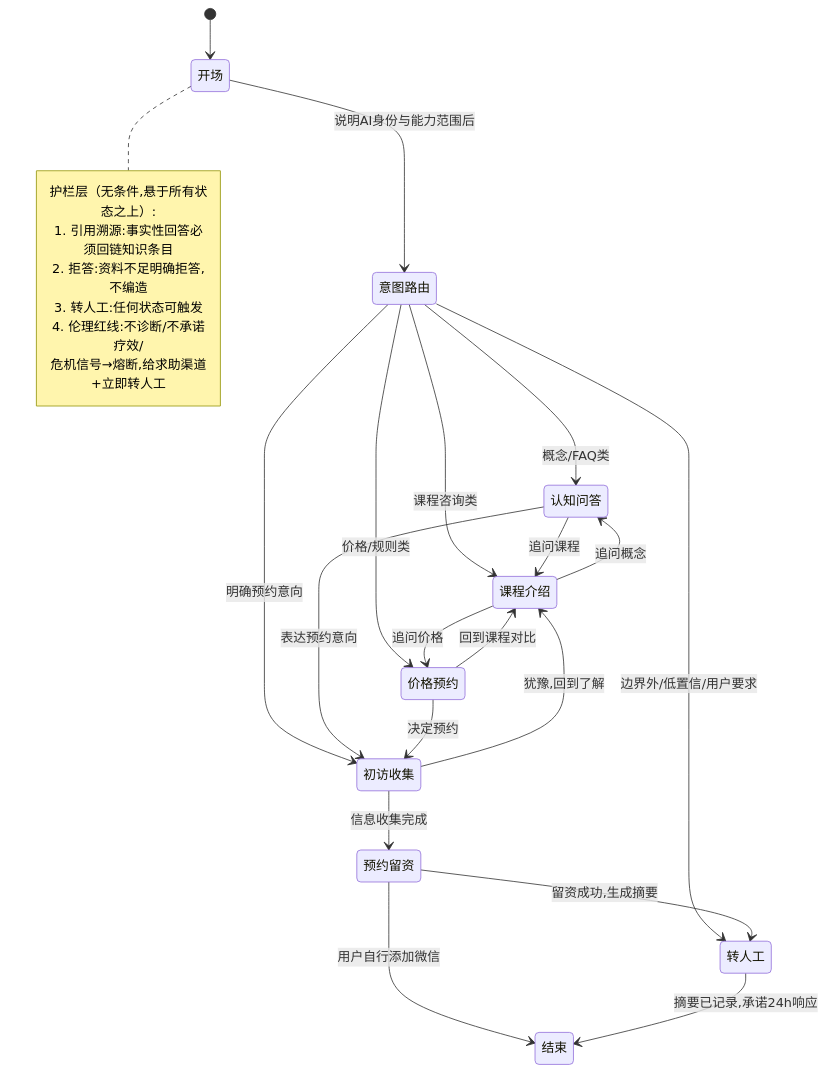
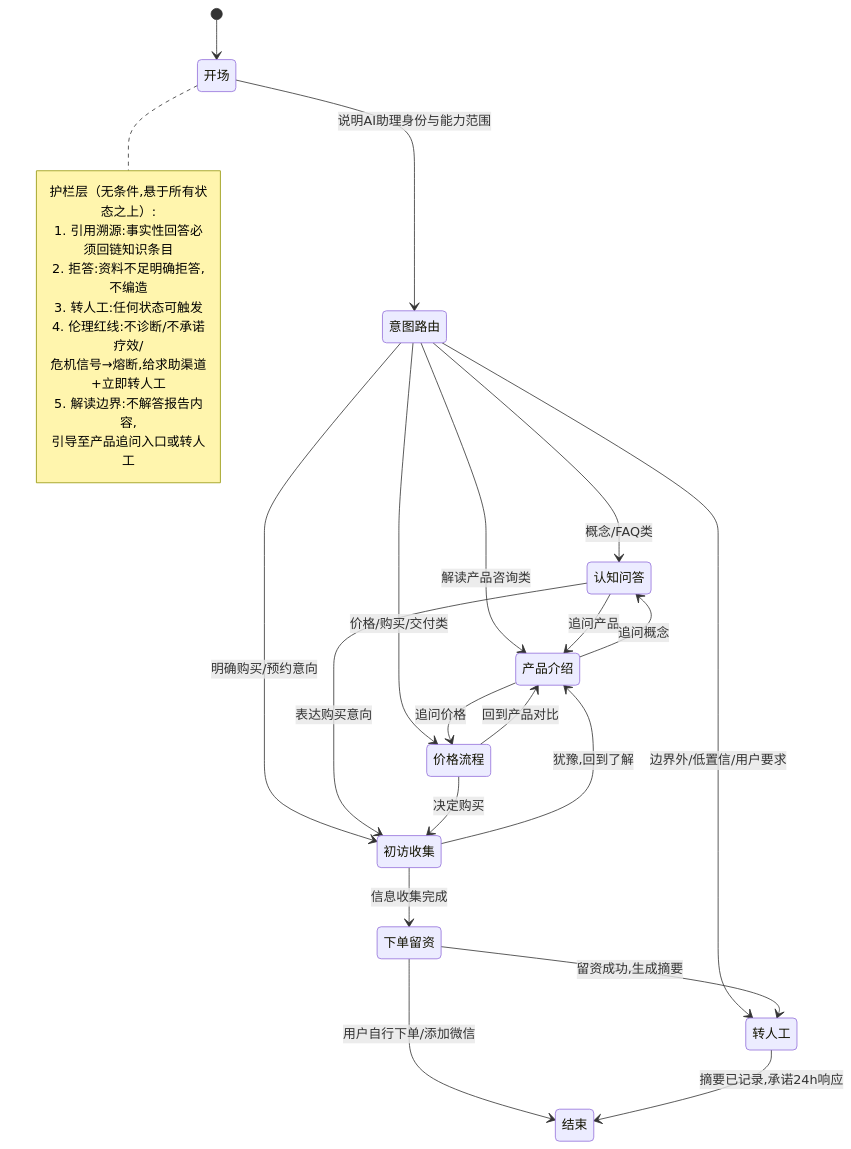
One commit to moyujingC/mindsync changed the diagram in projects/ai-service-studio/specs/2026-08-17-客服Agent项目B-Framing.md. Above: the diagram before and after it, drawn with Mermaid. The commit also changed other lines of this file and 1 other file, not shown here.

````diff
--- a/projects/ai-service-studio/specs/2026-08-17-客服Agent项目B-Framing.md
+++ b/projects/ai-service-studio/specs/2026-08-17-客服Agent项目B-Framing.md
@@ -83,33 +92,35 @@
 ```mermaid
 stateDiagram-v2
     [*] --> 开场
-    开场 --> 意图路由 : 说明AI身份与能力范围后
+    开场 --> 意图路由 : 说明AI助理身份与能力范围
 
     意图路由 --> 认知问答 : 概念/FAQ类
-    意图路由 --> 课程介绍 : 课程咨询类
-    意图路由 --> 价格预约 : 价格/规则类
-    意图路由 --> 初访收集 : 明确预约意向
+    意图路由 --> 产品介绍 : 解读产品咨询类
+    意图路由 --> 价格流程 : 价格/购买/交付类
+    意图路由 --> 初访收集 : 明确购买/预约意向
     意图路由 --> 转人工 : 边界外/低置信/用户要求
 
-    认知问答 --> 课程介绍 : 追问课程
-    认知问答 --> 初访收集 : 表达预约意向
-    课程介绍 --> 价格预约 : 追问价格
-    课程介绍 --> 认知问答 : 追问概念
-    价格预约 --> 课程介绍 : 回到课程对比
-    价格预约 --> 初访收集 : 决定预约
-    初访收集 --> 预约留资 : 信息收集完成
-    初访收集 --> 课程介绍 : 犹豫,回到了解
-    预约留资 --> 转人工 : 留资成功,生成摘要
-    预约留资 --> 结束 : 用户自行添加微信
+    认知问答 --> 产品介绍 : 追问产品
+    认知问答 --> 初访收集 : 表达购买意向
+    产品介绍 --> 价格流程 : 追问价格
+    产品介绍 --> 认知问答 : 追问概念
+    价格流程 --> 产品介绍 : 回到产品对比
+    价格流程 --> 初访收集 : 决定购买
+    初访收集 --> 下单留资 : 信息收集完成
+    初访收集 --> 产品介绍 : 犹豫,回到了解
+    下单留资 --> 转人工 : 留资成功,生成摘要
+    下单留资 --> 结束 : 用户自行下单/添加微信
 
     转人工 --> 结束 : 摘要已记录,承诺24h响应
 
     note right of 开场
         护栏层（无条件,悬于所有状态之上）:
         1. 引用溯源:事实性回答必须回链知识条目
         2. 拒答:资料不足明确拒答,不编造
         3. 转人工:任何状态可触发
         4. 伦理红线:不诊断/不承诺疗效/
            危机信号→熔断,给求助渠道+立即转人工
+        5. 解读边界:不解答报告内容,
+           引导至产品追问入口或转人工
     end note
 ```
````
